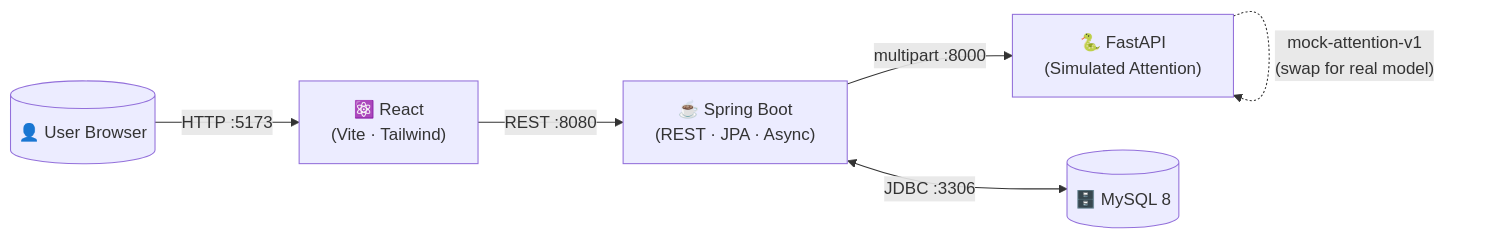
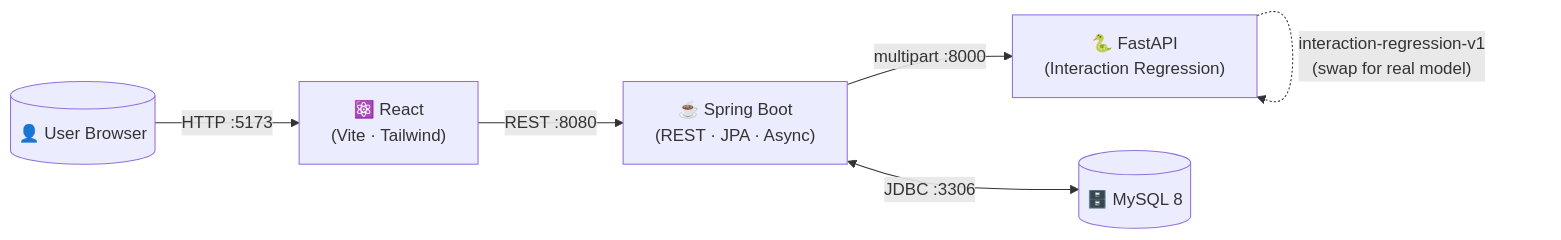
One commit to Midun523/epinet-visualizer changed the first of 2 diagrams in README.md. Above: the diagram before and after it, drawn with Mermaid. The commit also changed other lines of this file and 1 other file, not shown here.

Commit message:
docs: align README and LinkedIn announcement with classical interaction regression framing

````diff
--- a/README.md
+++ b/README.md
@@ -47,8 +47,8 @@
 ```mermaid
 graph LR
   U[("👤 User Browser")] -->|HTTP :5173| FE["⚛️ React\n(Vite · Tailwind)"]
   FE -->|REST :8080| BE["☕ Spring Boot\n(REST · JPA · Async)"]
-  BE -->|multipart :8000| ML["🐍 FastAPI\n(Simulated Attention)"]
+  BE -->|multipart :8000| ML["🐍 FastAPI\n(Interaction Regression)"]
   BE <-->|JDBC :3306| DB[("🗄️ MySQL 8")]
-  ML -.->|"mock-attention-v1\n(swap for real model)"| ML
+  ML -.->|"interaction-regression-v1\n(swap for real model)"| ML
 ```
````
